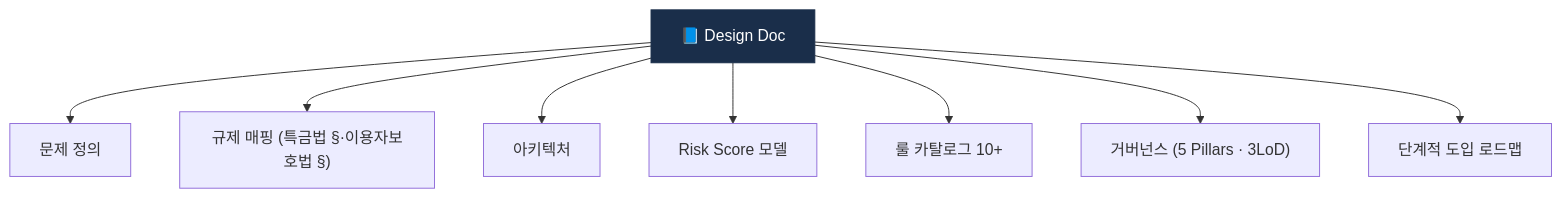
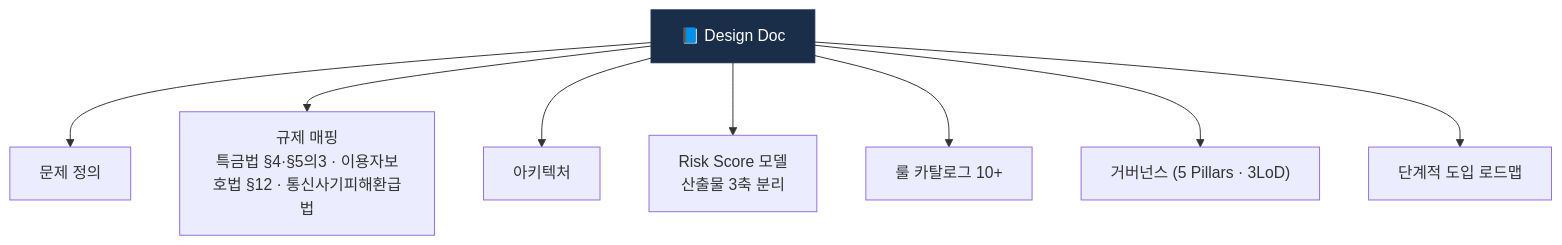
The first of 2 diagrams in curriculum/day_59.md (lala-david/aml-notes), drawn with Mermaid before and after one commit. The commit also changed other lines of this file and 233 other files, not shown here.

````diff
--- a/curriculum/day_59.md
+++ b/curriculum/day_59.md
@@ -8,11 +8,11 @@
 ```mermaid
 flowchart TB
     D["📘 Design Doc"] --> P["문제 정의"]
-    D --> R["규제 매핑 (특금법 §·이용자보호법 §)"]
+    D --> R["규제 매핑<br/>특금법 §4·§5의3 · 이용자보호법 §12 · 통신사기피해환급법"]
     D --> A["아키텍처"]
-    D --> RS["Risk Score 모델"]
+    D --> RS["Risk Score 모델<br/>산출물 3축 분리"]
     D --> RC["룰 카탈로그 10+"]
     D --> G["거버넌스 (5 Pillars · 3LoD)"]
     D --> L["단계적 도입 로드맵"]
     style D fill:#1a2e4a,color:#fff,stroke:#1a2e4a
 ```
````
